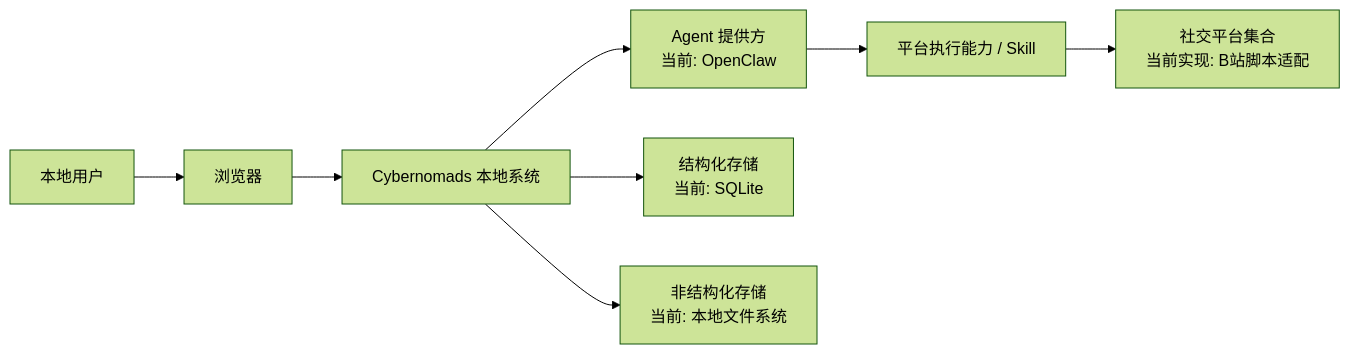
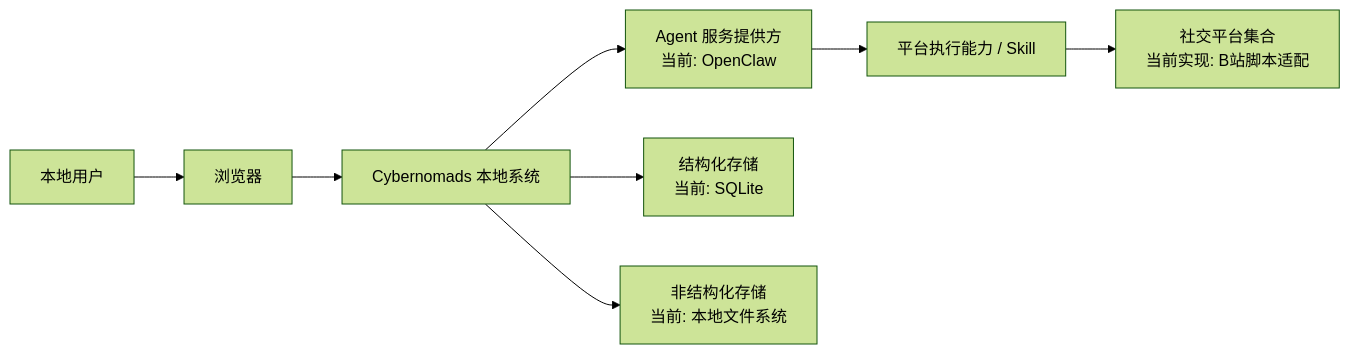
The first of 7 diagrams in docs/design/Cybernomads架构设计文档.md (Time-Machine-Lab/CyberNomads), drawn with Mermaid (forest theme) before and after one commit. The commit also changed other lines of this file and 1 other file, not shown here.

First line of the commit message:
Refine Cybernomads design documents and introduce Agent service domain

````diff
--- a/docs/design/Cybernomads架构设计文档.md
+++ b/docs/design/Cybernomads架构设计文档.md
@@ -25,19 +25,19 @@
 ```mermaid
 flowchart LR
     User["本地用户"]
     Browser["浏览器"]
     Cybernomads["Cybernomads 本地系统"]
-    Agent["Agent 提供方<br/>当前: OpenClaw"]
+    Agent["Agent 服务提供方<br/>当前: OpenClaw"]
     Skill["平台执行能力 / Skill"]
     Platforms["社交平台集合<br/>当前实现: B站脚本适配"]
     Meta["结构化存储<br/>当前: SQLite"]
     Artifact["非结构化存储<br/>当前: 本地文件系统"]
 
     User --> Browser
     Browser --> Cybernomads
     Cybernomads --> Agent
     Agent --> Skill
     Skill --> Platforms
     Cybernomads --> Meta
     Cybernomads --> Artifact
 ```
````
